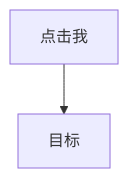
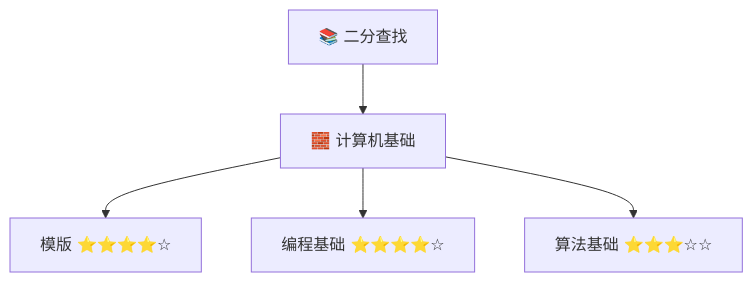
One commit to yy834277137/skill-tree changed the diagram in basic/work/AlgorithmBasic/Algo_BinarySearch/Summary.md. Above: the diagram before and after it, drawn with Mermaid. The commit also changed other lines of this file and 1 other file, not shown here.

Commit message:
更新简历和学习路径等文件

````diff
--- a/basic/work/AlgorithmBasic/Algo_BinarySearch/Summary.md
+++ b/basic/work/AlgorithmBasic/Algo_BinarySearch/Summary.md
@@ -3,5 +3,11 @@
 ```mermaid
 flowchart TD
-    A[点击我] --> B[目标]
-    click A "https://www.baidu.com" "测试链接"
+    Root[📚 二分查找] --> BinarySearch[🧱 计算机基础]
+    BinarySearch --> Template[模版 ⭐⭐⭐⭐☆]
+    
+    BinarySearch --> LanguageBasic[编程基础 ⭐⭐⭐⭐☆]
+    BinarySearch --> AlgorithmBasic[算法基础 ⭐⭐⭐☆☆]
+    
+    %% 点击后在新标签页预览 Summary.md
+    click Algo_BinarySearch "vscode://file/Users/yangyang/workspace/skilltree/skill-tree/basic/work/AlgorithmBasic/Algo_BinarySearch/Summary.md" "预览二分查找题解"
 ```
````
